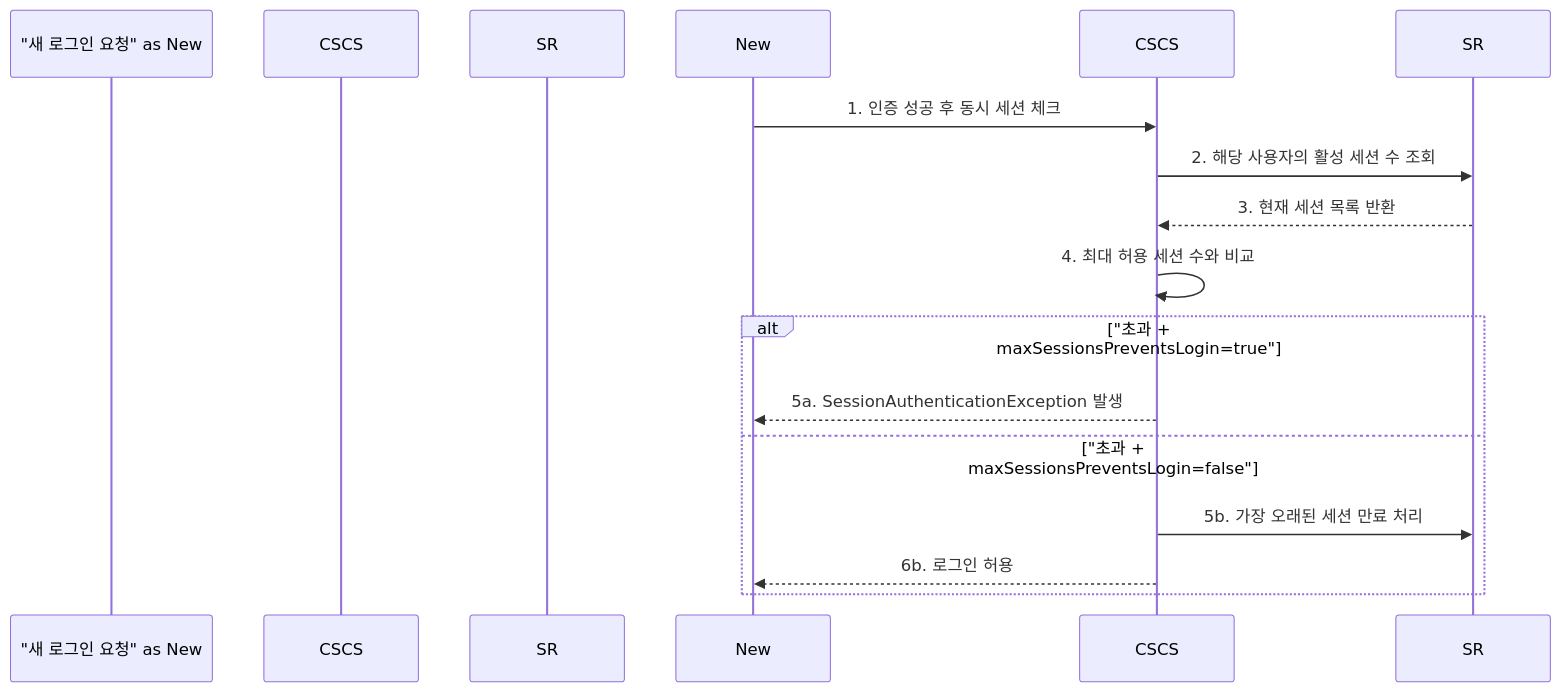
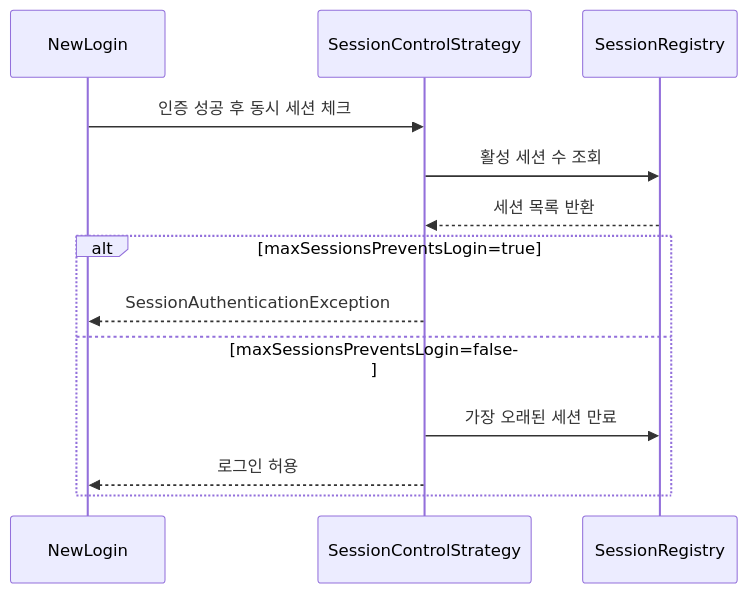
Before and after one commit to yjkim2015/yjkim2015.github.io: the second of 4 diagrams in _posts/security/2021-02-18-세션 제어 필터.md, drawn with Mermaid. The commit also changed other lines of this file and 215 other files, not shown here.

First line of the commit message:
신규 포스트 10개 추가 + Mermaid 전면 축소 + SystemDesign 시리즈 보강

````diff
--- a/_posts/security/2021-02-18-세션 제어 필터.md
+++ b/_posts/security/2021-02-18-세션 제어 필터.md
@@ -65,18 +65,15 @@
 ```mermaid
 sequenceDiagram
-    participant "새 로그인 요청" as New
-    participant "ConcurrentSessionControlStrategy" as CSCS
-    participant "SessionRegistry" as SR
-
-    New->>CSCS: 1. 인증 성공 후 동시 세션 체크
-    CSCS->>SR: 2. 해당 사용자의 활성 세션 수 조회
-    SR-->>CSCS: 3. 현재 세션 목록 반환
-    CSCS->>CSCS: 4. 최대 허용 세션 수와 비교
-
-    alt "초과 + maxSessionsPreventsLogin=true"
-        CSCS-->>New: 5a. SessionAuthenticationException 발생
-    else "초과 + maxSessionsPreventsLogin=false"
-        CSCS->>SR: 5b. 가장 오래된 세션 만료 처리
-        CSCS-->>New: 6b. 로그인 허용
+    participant N as NewLogin
+    participant CSCS as SessionControlStrategy
+    participant SR as SessionRegistry
+    N->>CSCS: 인증 성공 후 동시 세션 체크
+    CSCS->>SR: 활성 세션 수 조회
+    SR-->>CSCS: 세션 목록 반환
+    alt maxSessionsPreventsLogin=true
+        CSCS-->>N: SessionAuthenticationException
+    else maxSessionsPreventsLogin=false
+        CSCS->>SR: 가장 오래된 세션 만료
+        CSCS-->>N: 로그인 허용
     end
 ```
````
